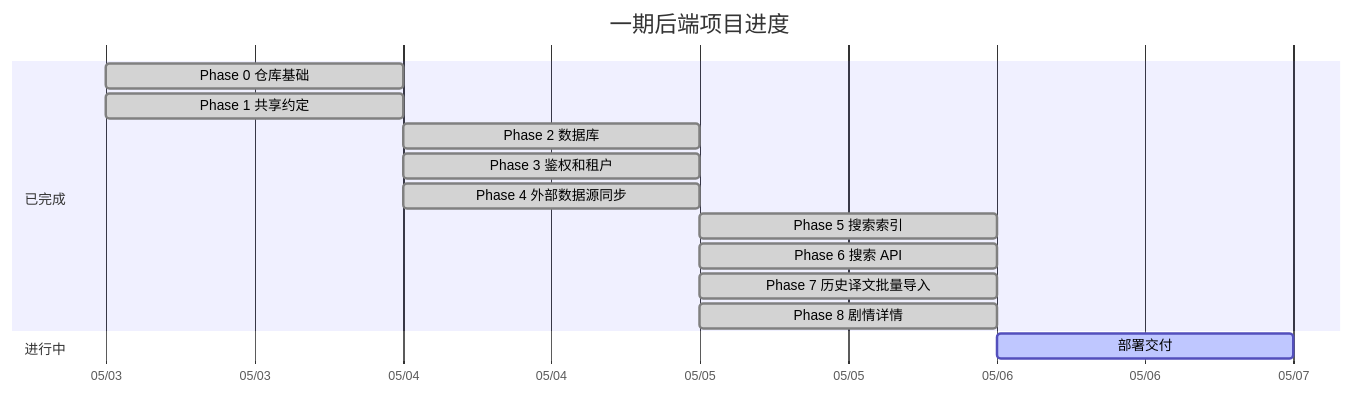
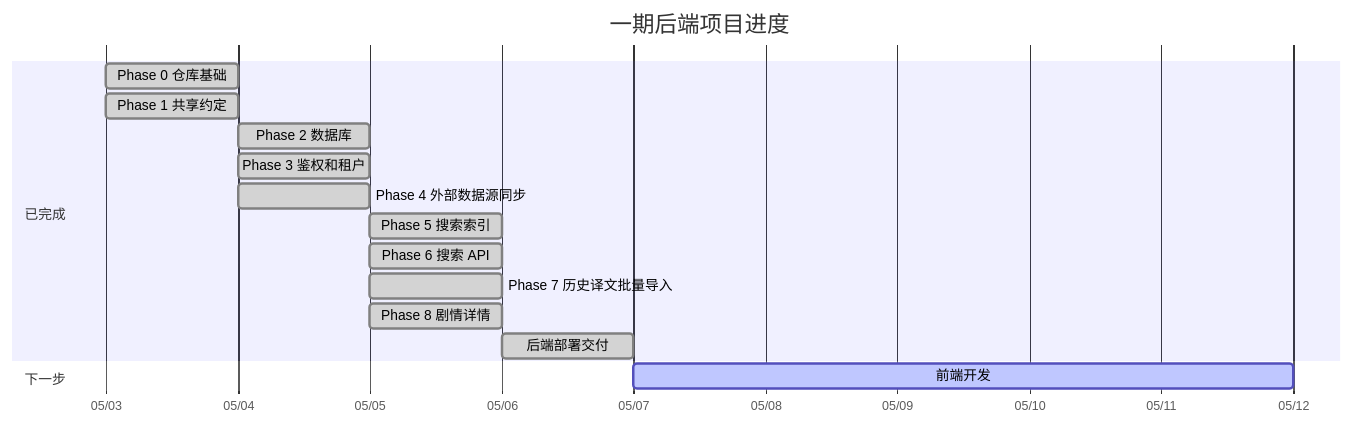
One commit to Cinea4678/SekaiPlatform changed the diagram in README.md. Above: the diagram before and after it, drawn with Mermaid. The commit also changed other lines of this file, not shown here.

Commit message:
docs: update frontend development status
- Mark backend deployment as complete in README.\n- Set frontend development as the next active milestone with a five-day estimate.

````diff
--- a/README.md
+++ b/README.md
@@ -15,20 +15,21 @@
 ```mermaid
 gantt
     title 一期后端项目进度
     dateFormat  YYYY-MM-DD
     axisFormat  %m/%d
 
     section 已完成
     Phase 0 仓库基础           :done, p0, 2026-05-03, 1d
     Phase 1 共享约定           :done, p1, 2026-05-03, 1d
     Phase 2 数据库             :done, p2, 2026-05-04, 1d
     Phase 3 鉴权和租户         :done, p3, 2026-05-04, 1d
     Phase 4 外部数据源同步     :done, p4, 2026-05-04, 1d
     Phase 5 搜索索引           :done, p5, 2026-05-05, 1d
     Phase 6 搜索 API           :done, p6, 2026-05-05, 1d
     Phase 7 历史译文批量导入   :done, p7, 2026-05-05, 1d
     Phase 8 剧情详情           :done, p8, 2026-05-05, 1d
+    后端部署交付              :done, deploy, after p8, 1d
 
-    section 进行中
-    部署交付                 :active, deploy, after p8, 1d
+    section 下一步
+    前端开发                 :active, frontend, after deploy, 5d
 ```
````
